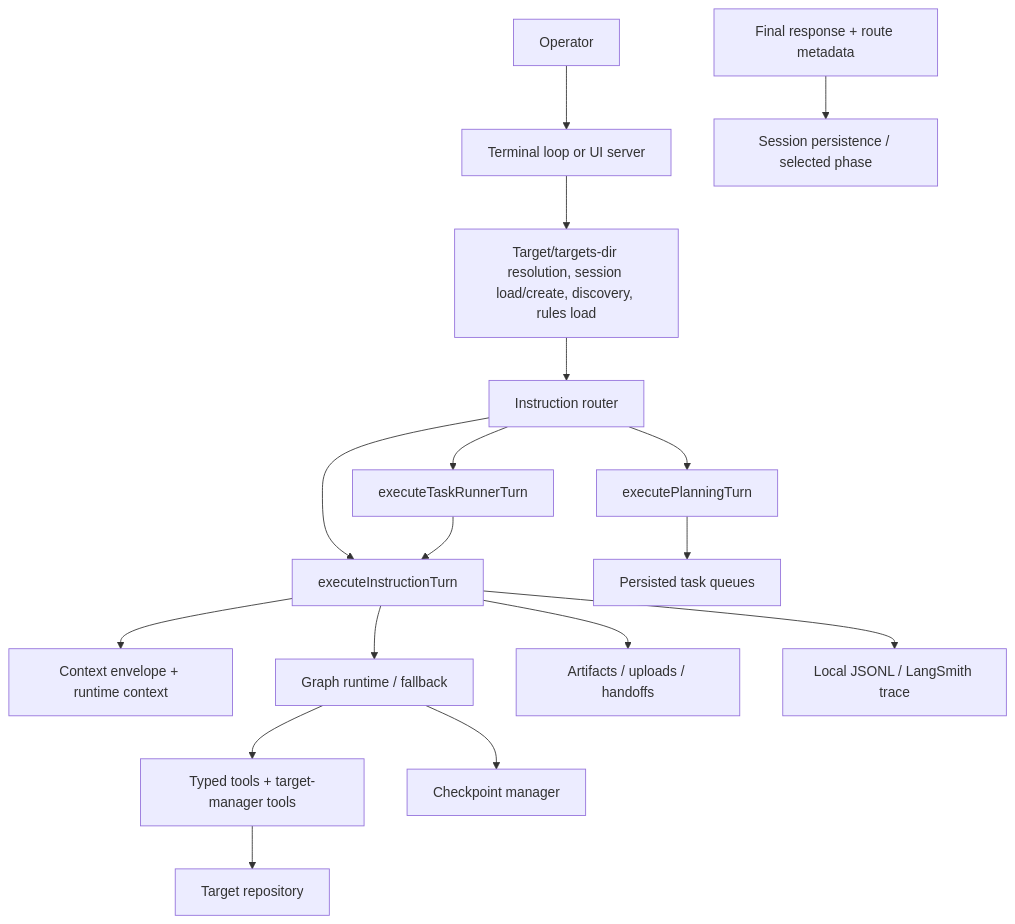
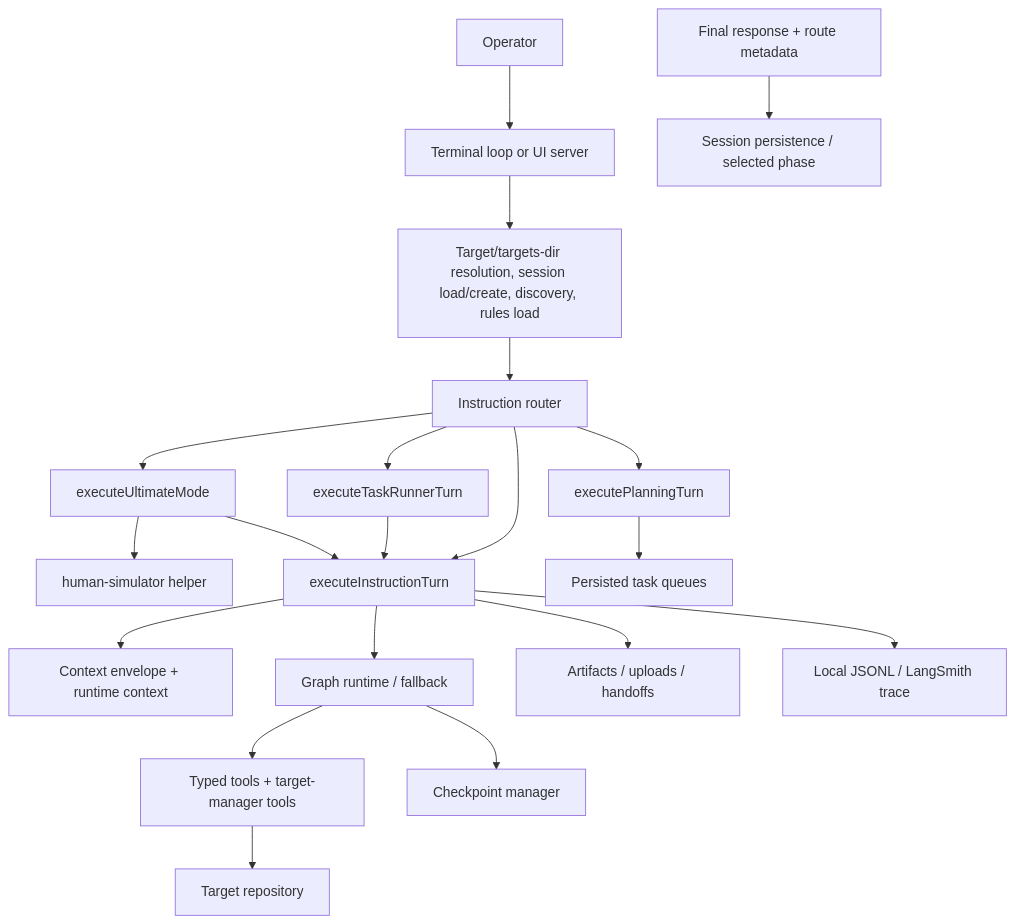
The first of 2 diagrams in shipyard/CODEAGENT.md (thisisyoussef/shipyard), drawn with Mermaid before and after one commit. The commit also changed other lines of this file and 12 other files, not shown here.

Commit message:
Add ultimate mode supervisor loop

````diff
--- a/shipyard/CODEAGENT.md
+++ b/shipyard/CODEAGENT.md
@@ -30,37 +32,42 @@
 ```mermaid
 flowchart TD
   Operator["Operator"]
   Entry["Terminal loop or UI server"]
   Bootstrap["Target/targets-dir resolution, session load/create, discovery, rules load"]
   Router["Instruction router"]
   PlanTurn["executePlanningTurn"]
   TaskRunner["executeTaskRunnerTurn"]
+  Ultimate["executeUltimateMode"]
+  HumanSimulator["human-simulator helper"]
   Turn["executeInstructionTurn"]
   Envelope["Context envelope + runtime context"]
   Graph["Graph runtime / fallback"]
   Tools["Typed tools + target-manager tools"]
   Target["Target repository"]
   Checkpoints["Checkpoint manager"]
   Plans["Persisted task queues"]
   Artifacts["Artifacts / uploads / handoffs"]
   Trace["Local JSONL / LangSmith trace"]
   Respond["Final response + route metadata"]
   Session["Session persistence / selected phase"]
 
   Operator --> Entry
   Entry --> Bootstrap
   Bootstrap --> Router
   Router --> PlanTurn
   Router --> TaskRunner
+  Router --> Ultimate
   Router --> Turn
   PlanTurn --> Plans
   TaskRunner --> Turn
+  Ultimate --> HumanSimulator
+  Ultimate --> Turn
   Turn --> Envelope
   Turn --> Graph
   Graph --> Tools
   Tools --> Target
   Graph --> Checkpoints
   Turn --> Artifacts
   Respond --> Session
   Turn --> Trace
 ```
````
